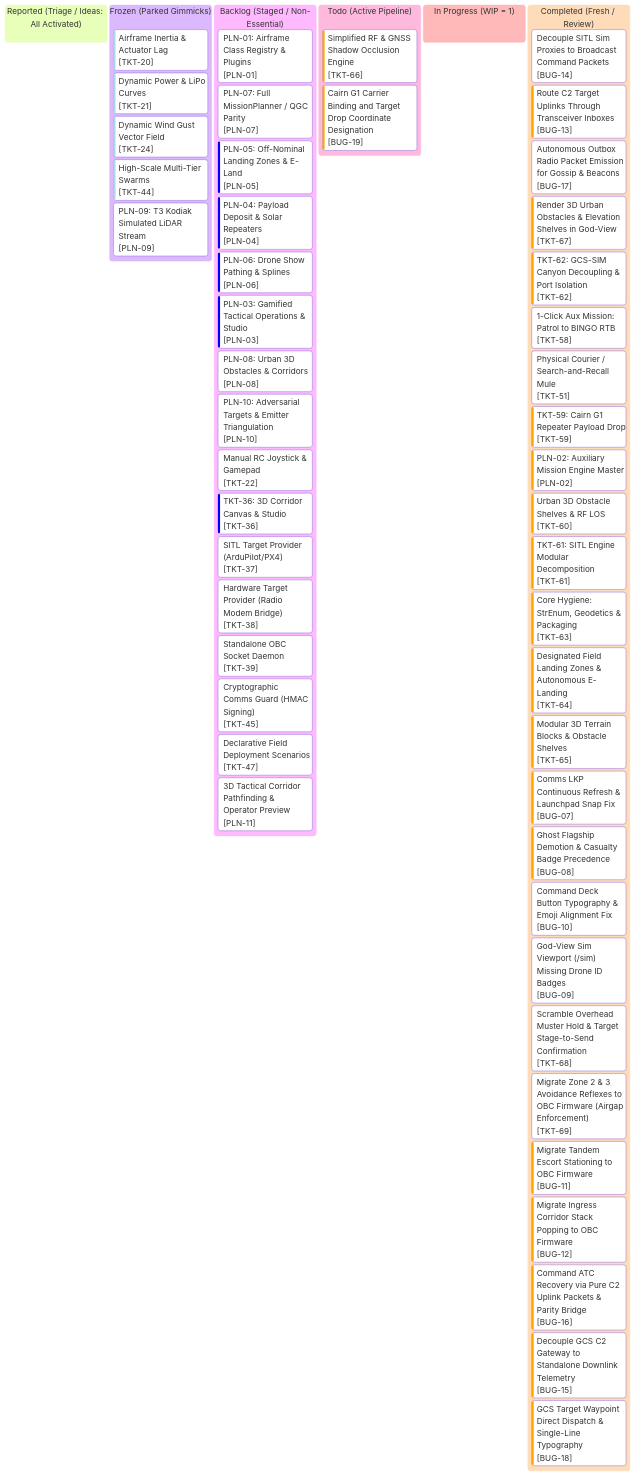
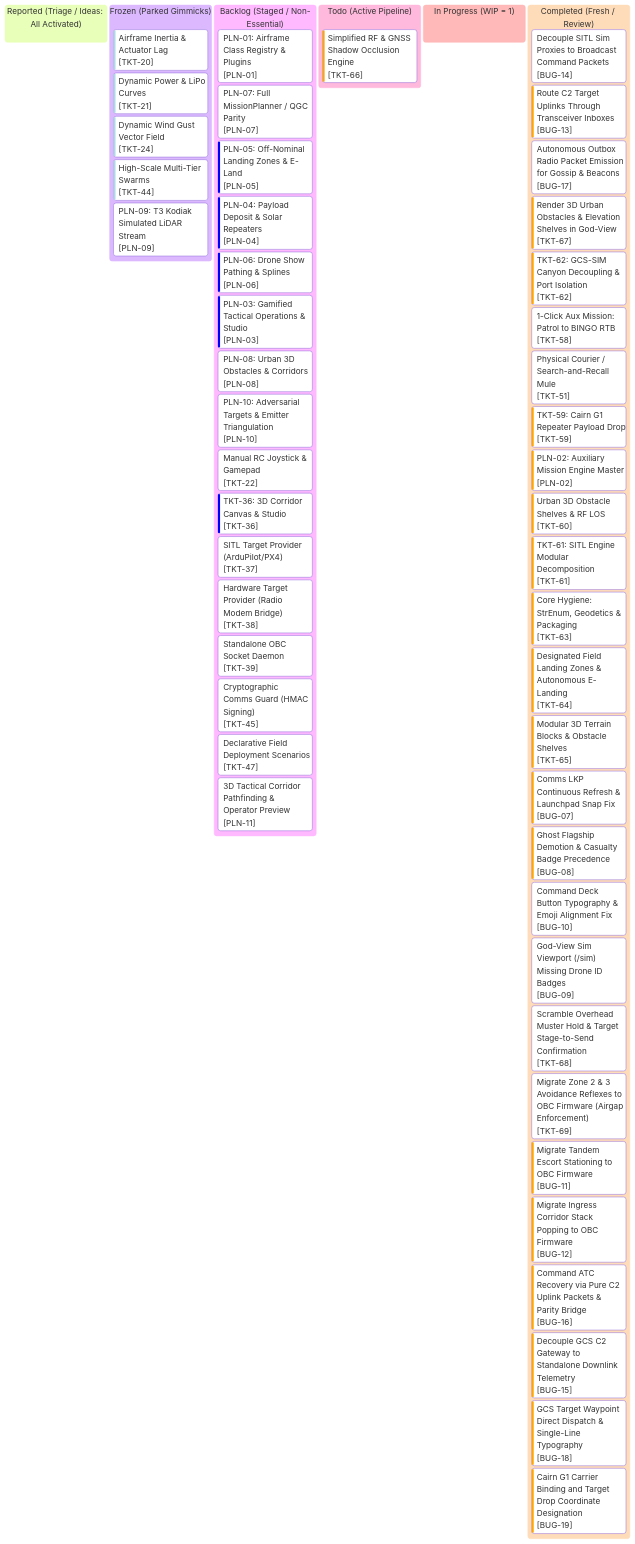
Before and after one commit to AlitheiaDeus/AlitheiaHive: the diagram in roadmap/kanban.md, drawn with Mermaid. The commit also changed other lines of this file and 10 other files, not shown here.

Commit message:
fix(c2): bind Cairn G1 drop to carrier airframes and designate target drop coordinates (BUG-19)

````diff
--- a/roadmap/kanban.md
+++ b/roadmap/kanban.md
@@ -10,77 +10,77 @@
 ```mermaid
 %%{init: {
   'theme': 'base',
   'themeVariables': {
     'primaryColor': '#0d2235',
     'primaryTextColor': '#d4f4ff',
     'primaryBorderColor': '#00f0ff',
     'lineColor': '#00f0ff',
     'background': '#061019',
     'mainBkg': '#0a1926',
     'secondaryColor': '#081420',
     'secondaryTextColor': '#5a7e96',
     'secondaryBorderColor': '#134e6f',
     'tertiaryColor': '#0e263d',
     'tertiaryTextColor': '#00ffaa',
     'tertiaryBorderColor': '#00ffaa',
     'clusterBkg': '#081420',
     'clusterBorder': '#134e6f',
     'fontFamily': "'JetBrains Mono', 'Courier New', monospace"
   }
 }}%%
 kanban
   reported["Reported (Triage / Ideas: All Activated)"]
   frozen["Frozen (Parked Gimmicks)"]
     tkt20["Airframe Inertia & Actuator Lag"]@{ ticket: '[TKT-20]', priority: 'Very Low' }
     tkt21["Dynamic Power & LiPo Curves"]@{ ticket: '[TKT-21]', priority: 'Very Low' }
     tkt24["Dynamic Wind Gust Vector Field"]@{ ticket: '[TKT-24]', priority: 'Very Low' }
     tkt44["High-Scale Multi-Tier Swarms"]@{ ticket: '[TKT-44]', priority: 'Very Low' }
     pln09["PLN-09: T3 Kodiak Simulated LiDAR Stream"]@{ ticket: '[PLN-09]', priority: 'Medium' }
   backlog["Backlog (Staged / Non-Essential)"]
     pln01["PLN-01: Airframe Class Registry & Plugins"]@{ ticket: '[PLN-01]', priority: 'Medium' }
     pln07["PLN-07: Full MissionPlanner / QGC Parity"]@{ ticket: '[PLN-07]', priority: 'Medium' }
     pln05["PLN-05: Off-Nominal Landing Zones & E-Land"]@{ ticket: '[PLN-05]', priority: 'Low' }
     pln04["PLN-04: Payload Deposit & Solar Repeaters"]@{ ticket: '[PLN-04]', priority: 'Low' }
     pln06["PLN-06: Drone Show Pathing & Splines"]@{ ticket: '[PLN-06]', priority: 'Low' }
     pln03["PLN-03: Gamified Tactical Operations & Studio"]@{ ticket: '[PLN-03]', priority: 'Low' }
     pln08["PLN-08: Urban 3D Obstacles & Corridors"]@{ ticket: '[PLN-08]', priority: 'Medium' }
     pln10["PLN-10: Adversarial Targets & Emitter Triangulation"]@{ ticket: '[PLN-10]', priority: 'Medium' }
     tkt22["Manual RC Joystick & Gamepad"]@{ ticket: '[TKT-22]', priority: 'Medium' }
     tkt36["TKT-36: 3D Corridor Canvas & Studio"]@{ ticket: '[TKT-36]', priority: 'Low' }
     tkt37["SITL Target Provider (ArduPilot/PX4)"]@{ ticket: '[TKT-37]', priority: 'Medium' }
     tkt38["Hardware Target Provider (Radio Modem Bridge)"]@{ ticket: '[TKT-38]', priority: 'Medium' }
     tkt39["Standalone OBC Socket Daemon"]@{ ticket: '[TKT-39]', priority: 'Medium' }
     tkt45["Cryptographic Comms Guard (HMAC Signing)"]@{ ticket: '[TKT-45]', priority: 'Medium' }
     tkt47["Declarative Field Deployment Scenarios"]@{ ticket: '[TKT-47]', priority: 'Medium' }
     pln11["3D Tactical Corridor Pathfinding & Operator Preview"]@{ ticket: '[PLN-11]', priority: 'Medium' }
   todo["Todo (Active Pipeline)"]
     tkt66["Simplified RF & GNSS Shadow Occlusion Engine"]@{ ticket: '[TKT-66]', priority: 'High' }
-    bug19["Cairn G1 Carrier Binding and Target Drop Coordinate Designation"]@{ ticket: '[BUG-19]', priority: 'High' }
   in_progress["In Progress (WIP = 1)"]
   completed["Completed (Fresh / Review)"]
     bug14["Decouple SITL Sim Proxies to Broadcast Command Packets"]@{ ticket: '[BUG-14]', priority: 'Normal' }
     bug13["Route C2 Target Uplinks Through Transceiver Inboxes"]@{ ticket: '[BUG-13]', priority: 'High' }
     bug17["Autonomous Outbox Radio Packet Emission for Gossip & Beacons"]@{ ticket: '[BUG-17]', priority: 'Normal' }
     tkt67["Render 3D Urban Obstacles & Elevation Shelves in God-View"]@{ ticket: '[TKT-67]', priority: 'High' }
     tkt62["TKT-62: GCS-SIM Canyon Decoupling & Port Isolation"]@{ ticket: '[TKT-62]', priority: 'High' }
     tkt58["1-Click Aux Mission: Patrol to BINGO RTB"]@{ ticket: '[TKT-58]', priority: 'Medium' }
     tkt51["Physical Courier / Search-and-Recall Mule"]@{ ticket: '[TKT-51]', priority: 'Medium' }
     tkt59["TKT-59: Cairn G1 Repeater Payload Drop"]@{ ticket: '[TKT-59]', priority: 'High' }
     pln02["PLN-02: Auxiliary Mission Engine Master"]@{ ticket: '[PLN-02]', priority: 'High' }
     tkt60["Urban 3D Obstacle Shelves & RF LOS"]@{ ticket: '[TKT-60]', priority: 'High' }
     tkt61["TKT-61: SITL Engine Modular Decomposition"]@{ ticket: '[TKT-61]', priority: 'High' }
     tkt63["Core Hygiene: StrEnum, Geodetics & Packaging"]@{ ticket: '[TKT-63]', priority: 'High' }
     tkt64["Designated Field Landing Zones & Autonomous E-Landing"]@{ ticket: '[TKT-64]', priority: 'High' }
     tkt65["Modular 3D Terrain Blocks & Obstacle Shelves"]@{ ticket: '[TKT-65]', priority: 'High' }
     bug07["Comms LKP Continuous Refresh & Launchpad Snap Fix"]@{ ticket: '[BUG-07]', priority: 'High' }
     bug08["Ghost Flagship Demotion & Casualty Badge Precedence"]@{ ticket: '[BUG-08]', priority: 'High' }
     bug10["Command Deck Button Typography & Emoji Alignment Fix"]@{ ticket: '[BUG-10]', priority: 'Normal' }
     bug09["God-View Sim Viewport (/sim) Missing Drone ID Badges"]@{ ticket: '[BUG-09]', priority: 'Normal' }
     tkt68["Scramble Overhead Muster Hold & Target Stage-to-Send Confirmation"]@{ ticket: '[TKT-68]', priority: 'Normal' }
     tkt69["Migrate Zone 2 & 3 Avoidance Reflexes to OBC Firmware (Airgap Enforcement)"]@{ ticket: '[TKT-69]', priority: 'Normal' }
     bug11["Migrate Tandem Escort Stationing to OBC Firmware"]@{ ticket: '[BUG-11]', priority: 'High' }
     bug12["Migrate Ingress Corridor Stack Popping to OBC Firmware"]@{ ticket: '[BUG-12]', priority: 'High' }
     bug16["Command ATC Recovery via Pure C2 Uplink Packets & Parity Bridge"]@{ ticket: '[BUG-16]', priority: 'High' }
     bug15["Decouple GCS C2 Gateway to Standalone Downlink Telemetry"]@{ ticket: '[BUG-15]', priority: 'High' }
     bug18["GCS Target Waypoint Direct Dispatch & Single-Line Typography"]@{ ticket: '[BUG-18]', priority: 'High' }
+    bug19["Cairn G1 Carrier Binding and Target Drop Coordinate Designation"]@{ ticket: '[BUG-19]', priority: 'High' }
 ```
````
